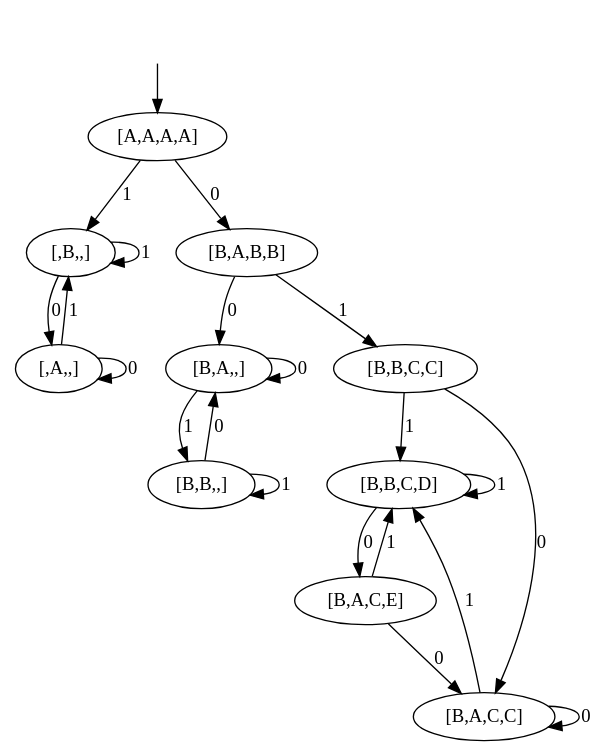
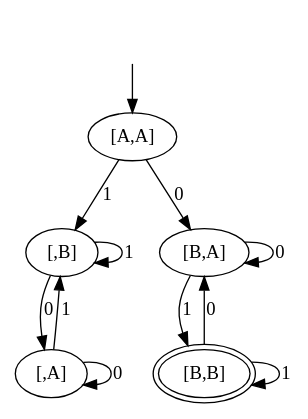
The diagram in saidas/intersecao.dot (gabrielmattar/tp_lfa), drawn with Graphviz before and after one commit. The commit also changed 8 other files, not shown here.

```diff
--- a/saidas/intersecao.dot
+++ b/saidas/intersecao.dot
@@ -1,24 +1,15 @@
 digraph "Produto" {
 _nil [style="invis"];
-_nil -> "[A,A,A,A]" [label=""];
-"[B,A,,]" -> "[B,A,,]" [label=0];
-"[B,A,,]" -> "[B,B,,]" [label=1];
-"[B,B,C,D]" -> "[B,A,C,E]" [label=0];
-"[B,B,C,D]" -> "[B,B,C,D]" [label=1];
-"[B,B,C,C]" -> "[B,A,C,C]" [label=0];
-"[B,B,C,C]" -> "[B,B,C,D]" [label=1];
-"[,A,,]" -> "[,A,,]" [label=0];
-"[,A,,]" -> "[,B,,]" [label=1];
-"[,B,,]" -> "[,A,,]" [label=0];
-"[,B,,]" -> "[,B,,]" [label=1];
-"[A,A,A,A]" -> "[B,A,B,B]" [label=0];
-"[A,A,A,A]" -> "[,B,,]" [label=1];
-"[B,A,B,B]" -> "[B,A,,]" [label=0];
-"[B,A,B,B]" -> "[B,B,C,C]" [label=1];
-"[B,A,C,C]" -> "[B,A,C,C]" [label=0];
-"[B,A,C,C]" -> "[B,B,C,D]" [label=1];
-"[B,A,C,E]" -> "[B,A,C,C]" [label=0];
-"[B,A,C,E]" -> "[B,B,C,D]" [label=1];
-"[B,B,,]" -> "[B,A,,]" [label=0];
-"[B,B,,]" -> "[B,B,,]" [label=1];
+_nil -> "[A,A]" [label=""];
+"[,A]" -> "[,A]" [label=0];
+"[,A]" -> "[,B]" [label=1];
+"[A,A]" -> "[B,A]" [label=0];
+"[A,A]" -> "[,B]" [label=1];
+"[,B]" -> "[,A]" [label=0];
+"[,B]" -> "[,B]" [label=1];
+"[B,A]" -> "[B,A]" [label=0];
+"[B,A]" -> "[B,B]" [label=1];
+"[B,B]" [peripheries=2];
+"[B,B]" -> "[B,A]" [label=0];
+"[B,B]" -> "[B,B]" [label=1];
 }
```
